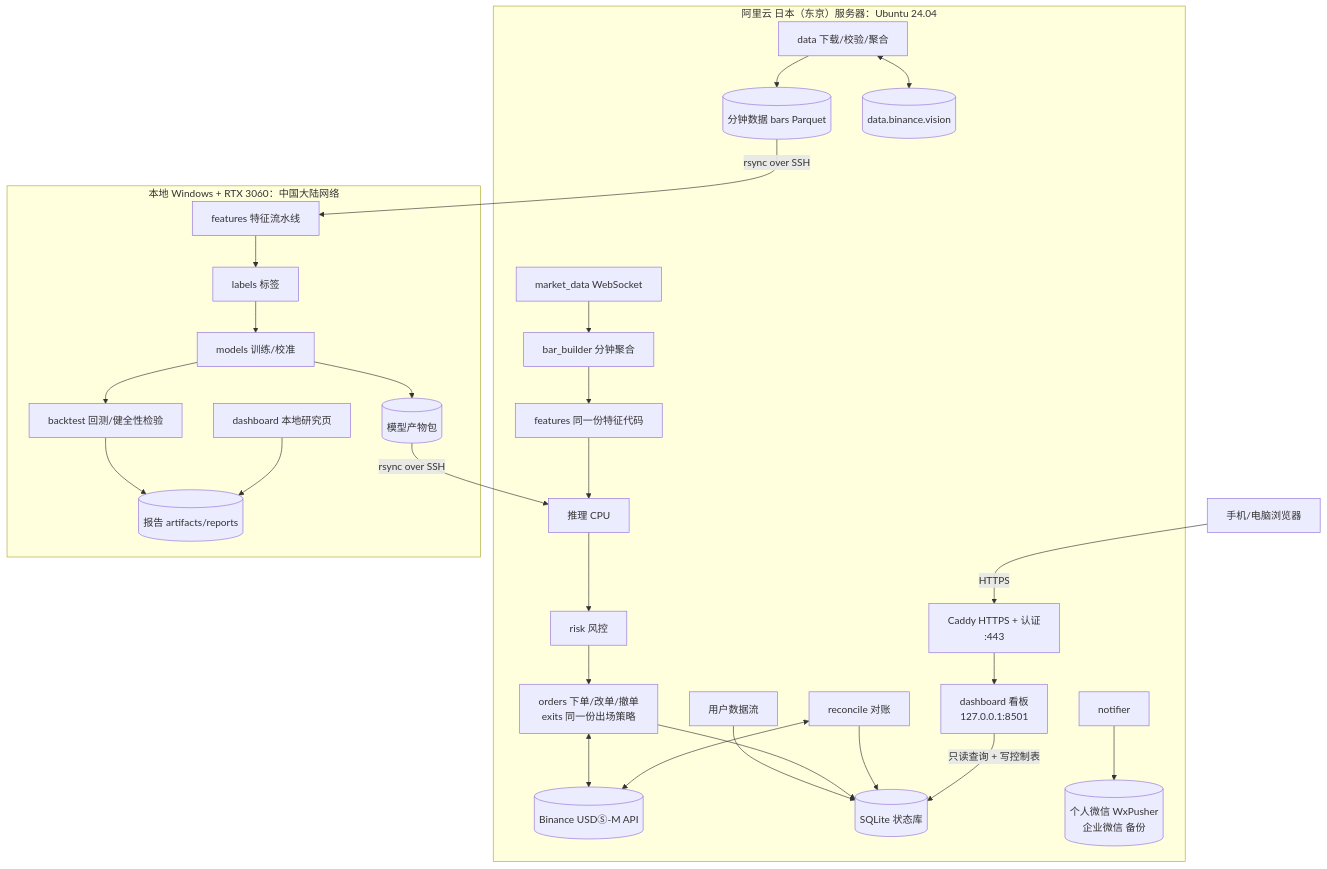
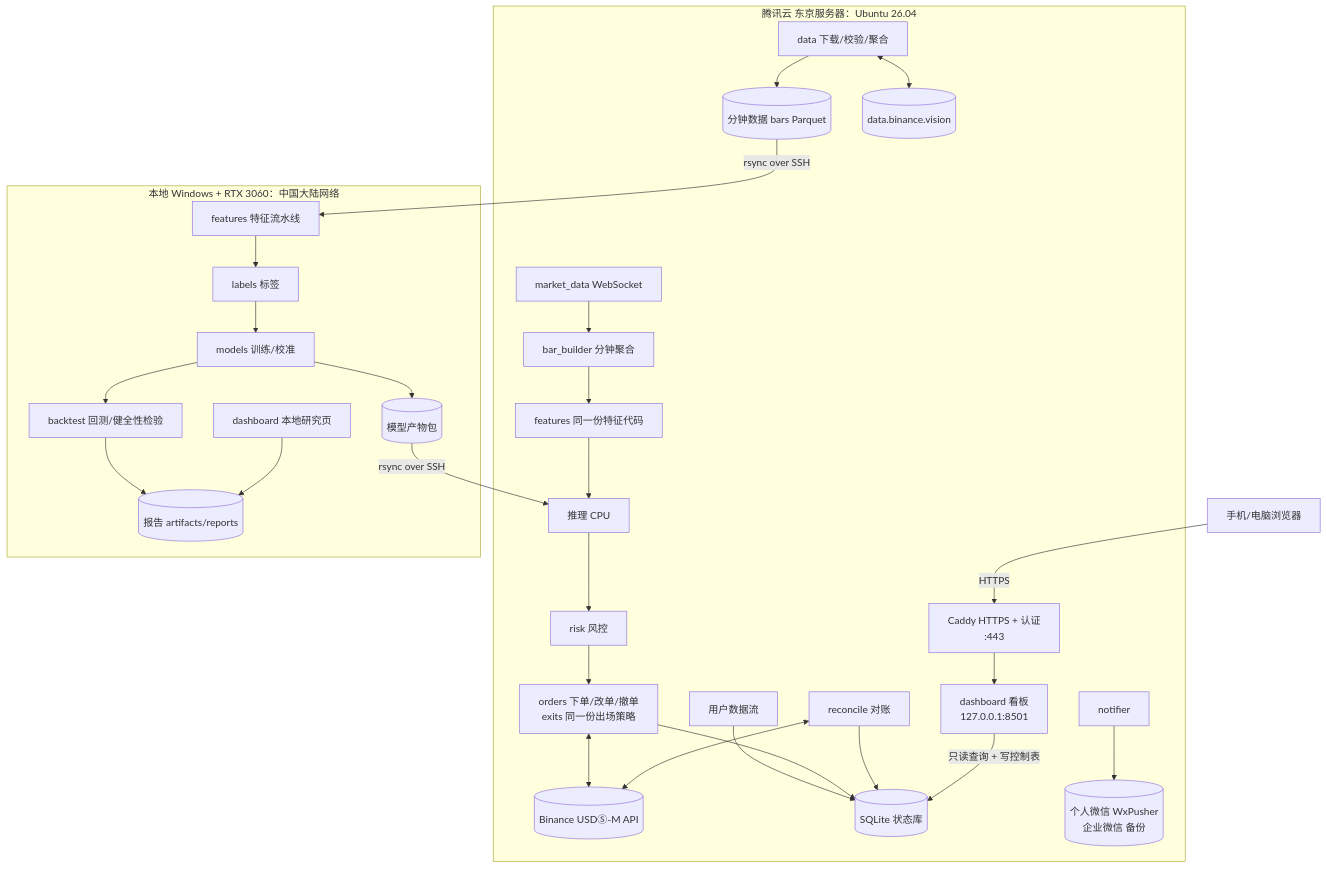
One commit to wumingze704-bit/bn-trade changed the diagram in docs/02-系统架构与部署.md. Above: the diagram before and after it, drawn with Mermaid. The commit also changed other lines of this file and 42 other files, not shown here.

````diff
--- a/docs/02-系统架构与部署.md
+++ b/docs/02-系统架构与部署.md
@@ -7,31 +7,31 @@
 ```mermaid
 flowchart TB
-    subgraph 服务器[阿里云 日本（东京）服务器：Ubuntu 24.04]
+    subgraph 服务器[腾讯云 东京服务器：Ubuntu 26.04]
         DL[data 下载/校验/聚合] --> BARS[(分钟数据 bars Parquet)]
         WS[market_data WebSocket] --> BB[bar_builder 分钟聚合]
         BB --> FE2[features 同一份特征代码]
         FE2 --> INF[推理 CPU]
         INF --> RK[risk 风控]
         RK --> OM[orders 下单/改单/撤单<br/>exits 同一份出场策略]
         OM <--> EX[(Binance USDⓈ-M API)]
         DL <--> EXD[(data.binance.vision)]
         UDS[用户数据流] --> ST[(SQLite 状态库)]
         OM --> ST
         REC[reconcile 对账] <--> EX
         REC --> ST
         NT[notifier] --> WX[(个人微信 WxPusher<br/>企业微信 备份)]
         DB2[dashboard 看板<br/>127.0.0.1:8501] -->|只读查询 + 写控制表| ST
         CADDY[Caddy HTTPS + 认证<br/>:443] --> DB2
     end
     subgraph 本地[本地 Windows + RTX 3060：中国大陆网络]
         FE1[features 特征流水线] --> LB[labels 标签]
         LB --> TR[models 训练/校准]
         TR --> BT[backtest 回测/健全性检验]
         BT --> RP[(报告 artifacts/reports)]
         TR --> ART[(模型产物包)]
         DB1[dashboard 本地研究页] --> RP
     end
     BARS -->|rsync over SSH| FE1
     ART -->|rsync over SSH| INF
     手机[手机/电脑浏览器] -->|HTTPS| CADDY
 ```
````
